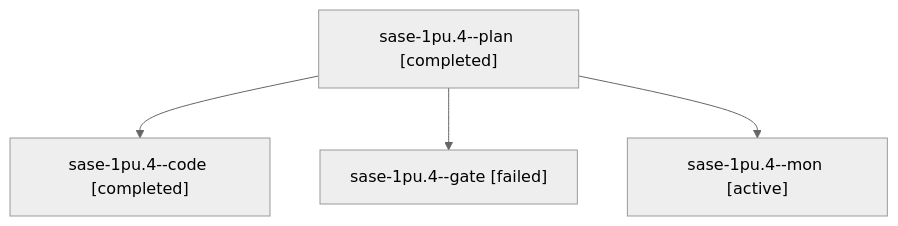
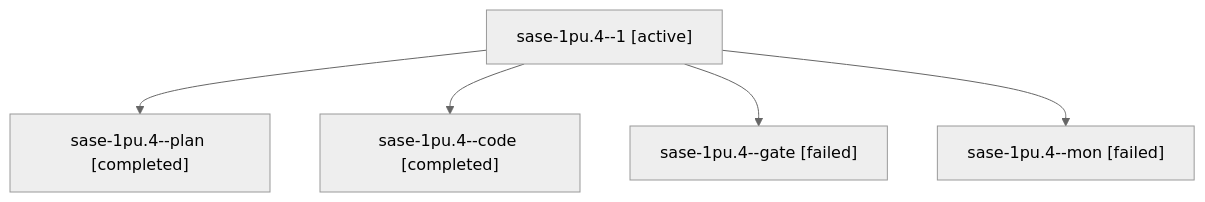
One commit to sase-org/sase--agents changed the diagram in sessions/bbugyi200.athena.sase-1pu.4.md. Above: the diagram before and after it, drawn with Mermaid (neutral theme). The commit also changed other lines of this file and 64 other files, not shown here.

````diff
--- a/sessions/bbugyi200.athena.sase-1pu.4.md
+++ b/sessions/bbugyi200.athena.sase-1pu.4.md
@@ -9,10 +9,12 @@
 ```mermaid
 flowchart TD
-  n0["sase-1pu.4--plan [completed]"]
-  n1["sase-1pu.4--code [completed]"]
+  n0["sase-1pu.4--1 [active]"]
+  n1["sase-1pu.4--plan [completed]"]
   n0 --> n1
-  n2["sase-1pu.4--gate [failed]"]
+  n2["sase-1pu.4--code [completed]"]
   n0 --> n2
-  n3["sase-1pu.4--mon [active]"]
+  n3["sase-1pu.4--gate [failed]"]
   n0 --> n3
+  n4["sase-1pu.4--mon [failed]"]
+  n0 --> n4
 ```
````
